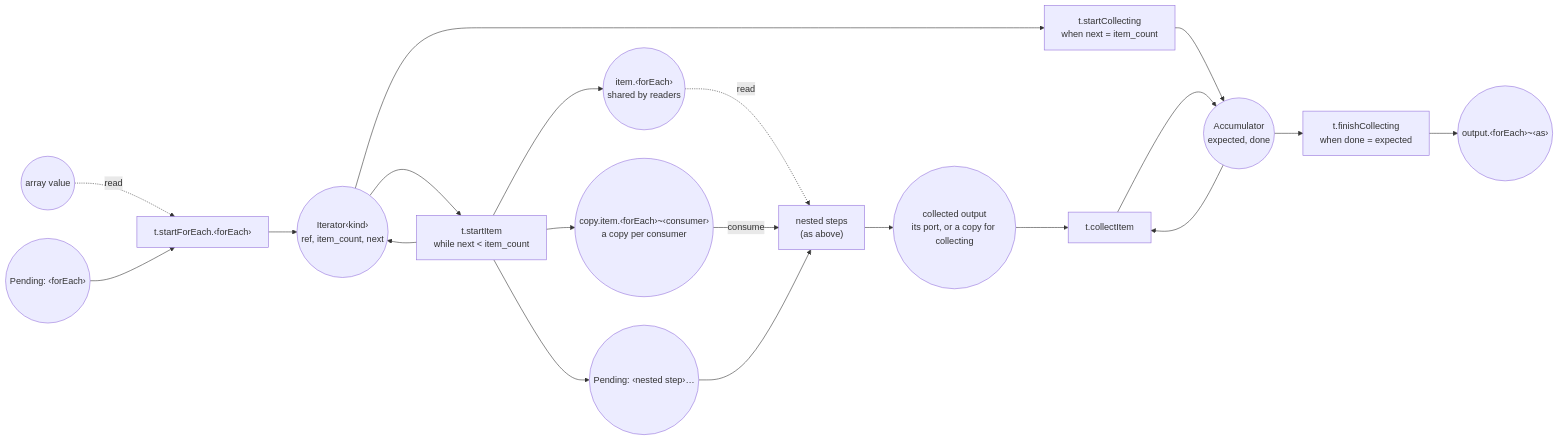
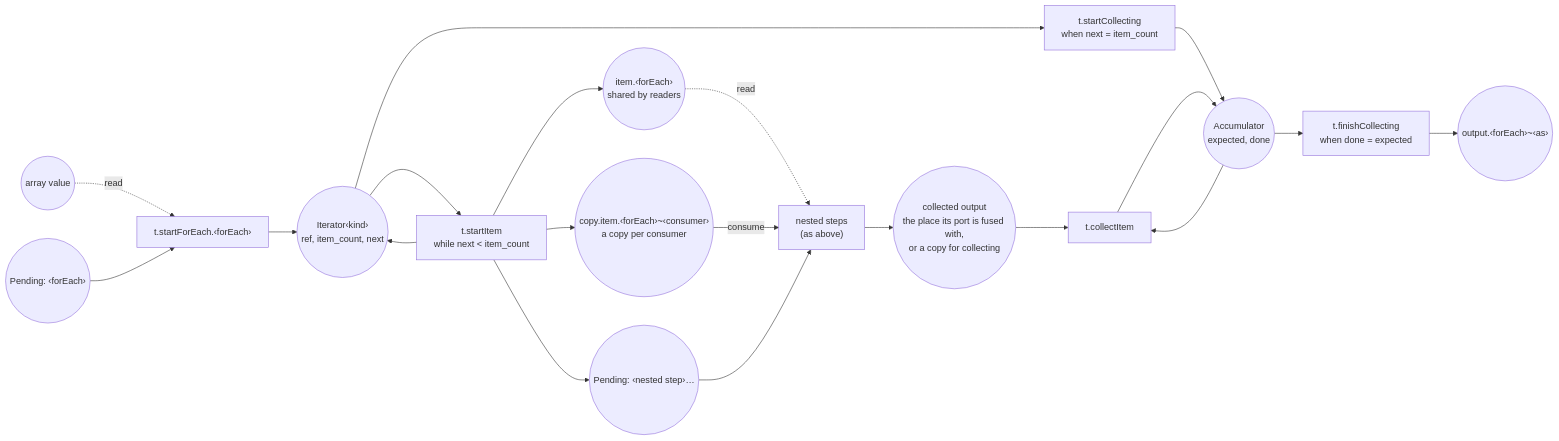
One commit to hashintel/hash changed the third of 3 diagrams in libs/@local/flow-petri-net/README.md. Above: the diagram before and after it, drawn with Mermaid. The commit also changed other lines of this file, not shown here.

Commit message:
Describe the fused flow net in the README

````diff
--- a/libs/@local/flow-petri-net/README.md
+++ b/libs/@local/flow-petri-net/README.md
@@ -103,22 +104,22 @@
 ```mermaid
 flowchart LR
   arrayPlace(("array value")) -. read .-> startForEach["t.startForEach.‹forEach›"]
   forEachPending(("Pending: ‹forEach›")) --> startForEach
   startForEach --> iterator(("Iterator‹kind›<br/>ref, item_count, next"))
   iterator --> startItem["t.startItem<br/>while next #lt; item_count"]
   startItem --> iterator
   startItem --> item(("item.‹forEach›<br/>shared by readers"))
   startItem --> itemCopies(("copy.item.‹forEach›~‹consumer›<br/>a copy per consumer"))
   startItem --> nestedPending(("Pending: ‹nested step›…"))
   iterator --> startCollecting["t.startCollecting<br/>when next = item_count"]
   startCollecting --> accumulator(("Accumulator<br/>expected, done"))
   item -. read .-> nested["nested steps<br/>(as above)"]
   itemCopies -- consume --> nested
   nestedPending --> nested
-  nested --> collected(("collected output<br/>its port, or a copy for collecting"))
+  nested --> collected(("collected output<br/>the place its port is fused with,<br/>or a copy for collecting"))
   collected --> collectItem["t.collectItem"]
   accumulator --> collectItem
   collectItem --> accumulator
   accumulator --> finishCollecting["t.finishCollecting<br/>when done = expected"]
   finishCollecting --> forEachOutput(("output.‹forEach›~‹as›"))
 ```
````
